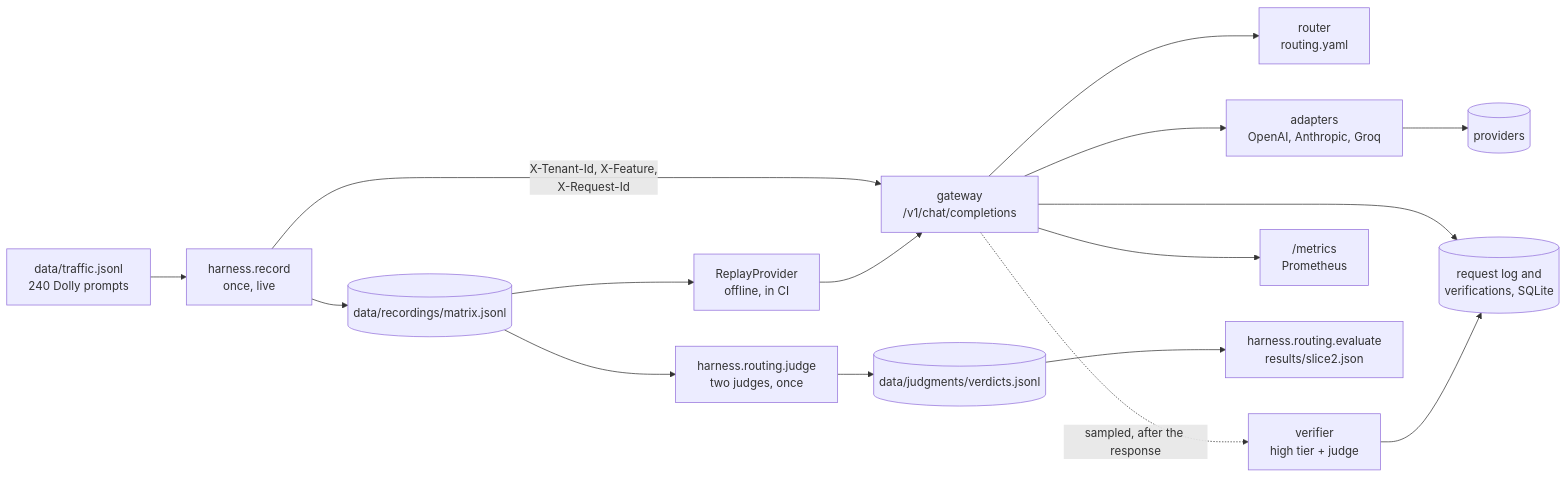
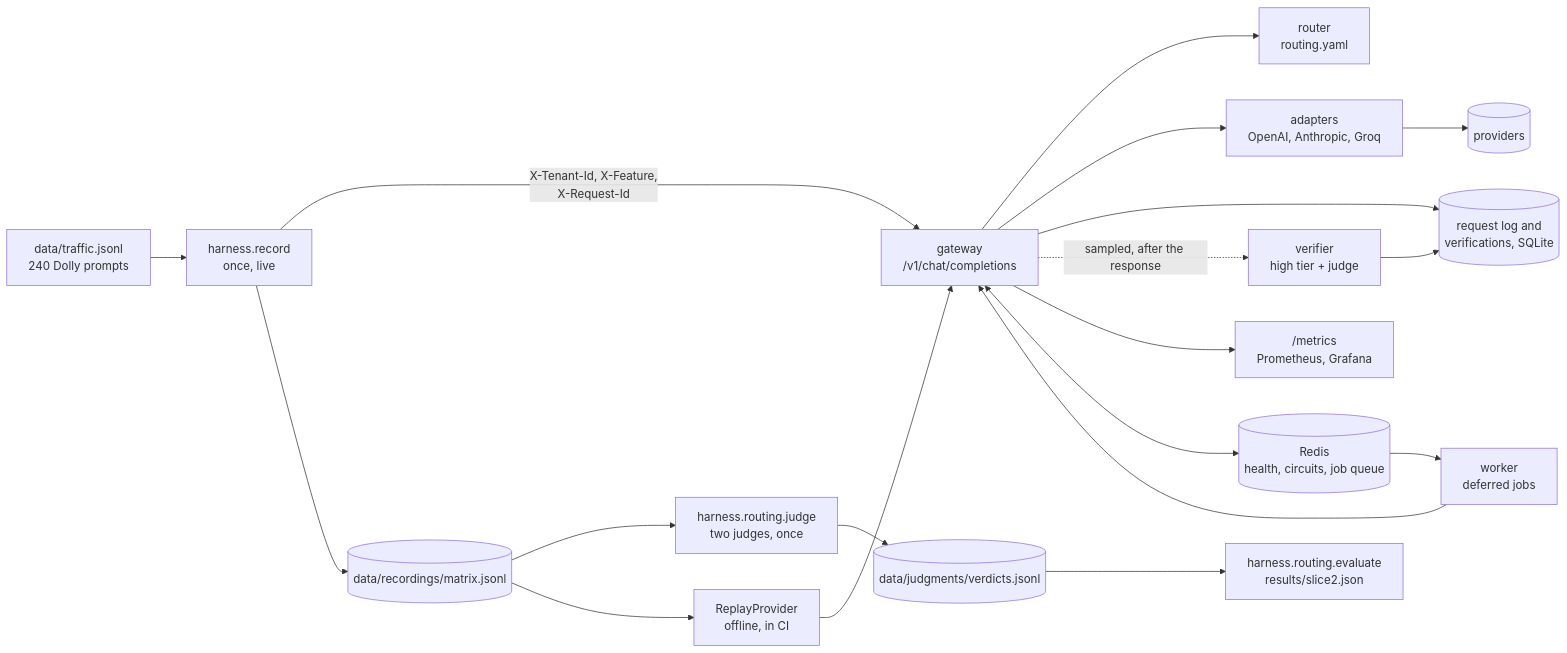
One commit to yagosamu/llm-gateway changed the diagram in README.md. Above: the diagram before and after it, drawn with Mermaid. The commit also changed other lines of this file and 1 other file, not shown here.

````diff
--- a/README.md
+++ b/README.md
@@ -74,18 +110,21 @@
 ```mermaid
 flowchart LR
     T["data/traffic.jsonl<br/>240 Dolly prompts"] --> R["harness.record<br/>once, live"]
     R -- "X-Tenant-Id, X-Feature,<br/>X-Request-Id" --> G["gateway<br/>/v1/chat/completions"]
     G --> RT["router<br/>routing.yaml"]
     G --> AD["adapters<br/>OpenAI, Anthropic, Groq"]
     AD --> P[("providers")]
     G --> L[("request log and<br/>verifications, SQLite")]
     G -. "sampled, after the response" .-> V["verifier<br/>high tier + judge"]
     V --> L
-    G --> M["/metrics<br/>Prometheus"]
+    G --> M["/metrics<br/>Prometheus, Grafana"]
+    G <--> RD[("Redis<br/>health, circuits, job queue")]
+    RD --> WK["worker<br/>deferred jobs"]
+    WK --> G
     R --> X[("data/recordings/matrix.jsonl")]
     X --> J["harness.routing.judge<br/>two judges, once"]
     J --> VD[("data/judgments/verdicts.jsonl")]
     X --> RP["ReplayProvider<br/>offline, in CI"]
     RP --> G
     VD --> EV["harness.routing.evaluate<br/>results/slice2.json"]
 ```
````
